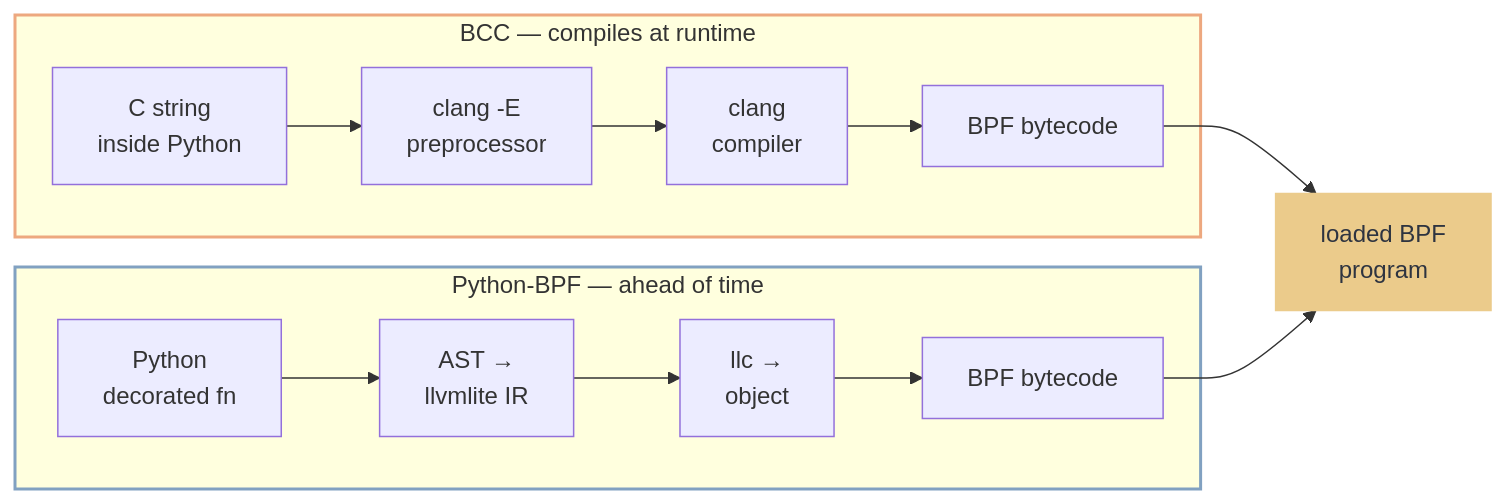
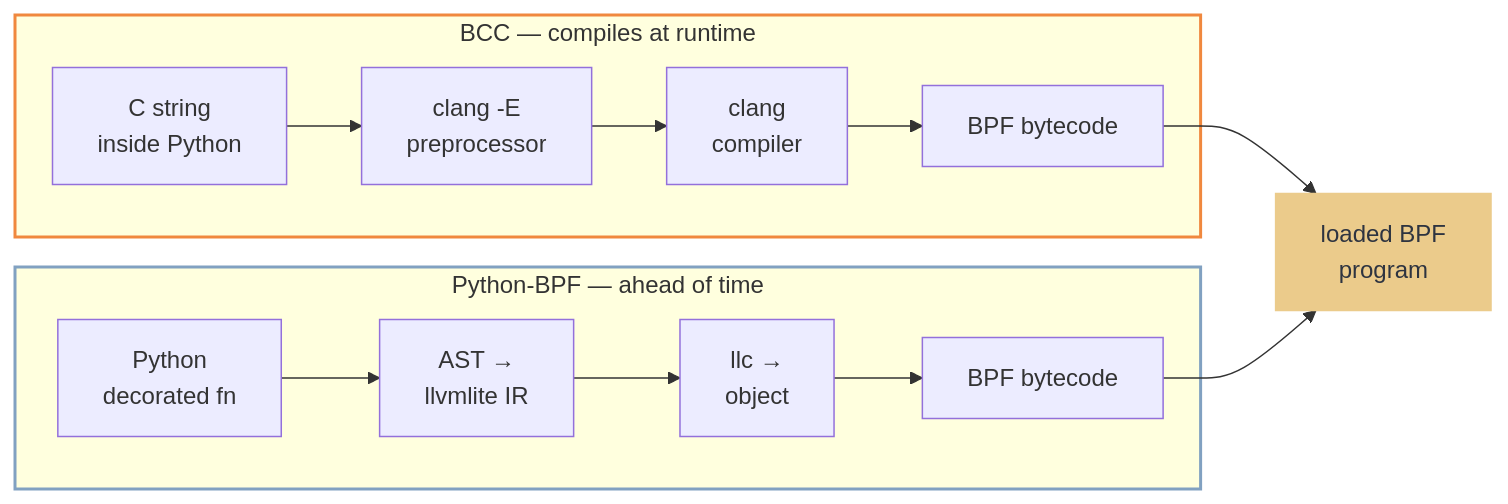
The second of 3 diagrams in slides.md (nizarakbarm/pycon-tw-2026-bcc-vs-pythonbpf), drawn with Mermaid before and after one commit. The commit also changed other lines of this file and 2 other files, not shown here.

First line of the commit message:
Slide 16: 2M CPU chart, orange BCC accent, three N values

````diff
--- a/slides.md
+++ b/slides.md
@@ -85,15 +85,15 @@
 ```mermaid
 flowchart LR
   subgraph BCC["BCC — compiles at runtime"]
     C["C string<br/>inside Python"] --> PP["clang -E<br/>preprocessor"] --> CC["clang<br/>compiler"] --> OBJ1["BPF bytecode"]
   end
   subgraph PBPF["Python-BPF — ahead of time"]
     PY["Python<br/>decorated fn"] --> AST["AST →<br/>llvmlite IR"] --> LLC["llc →<br/>object"] --> OBJ2["BPF bytecode"]
   end
   OBJ1 --> SAME["loaded BPF<br/>program"]
   OBJ2 --> SAME
-  style BCC stroke:#eda87f,stroke-width:2px
+  style BCC stroke:#f0883e,stroke-width:2px
   style PBPF stroke:#81a1c1,stroke-width:2px
   classDef same fill:#ebcb8b,stroke:#ebcb8b,color:#2e3440
   class SAME same
 ```
````
